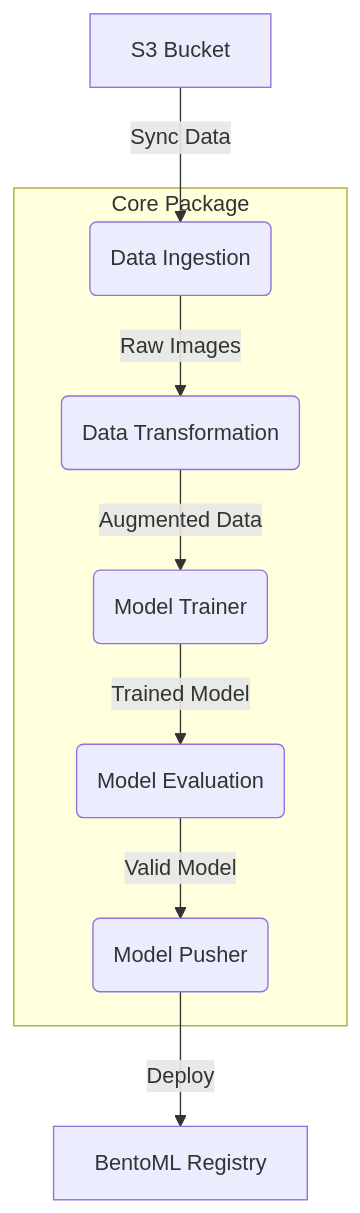
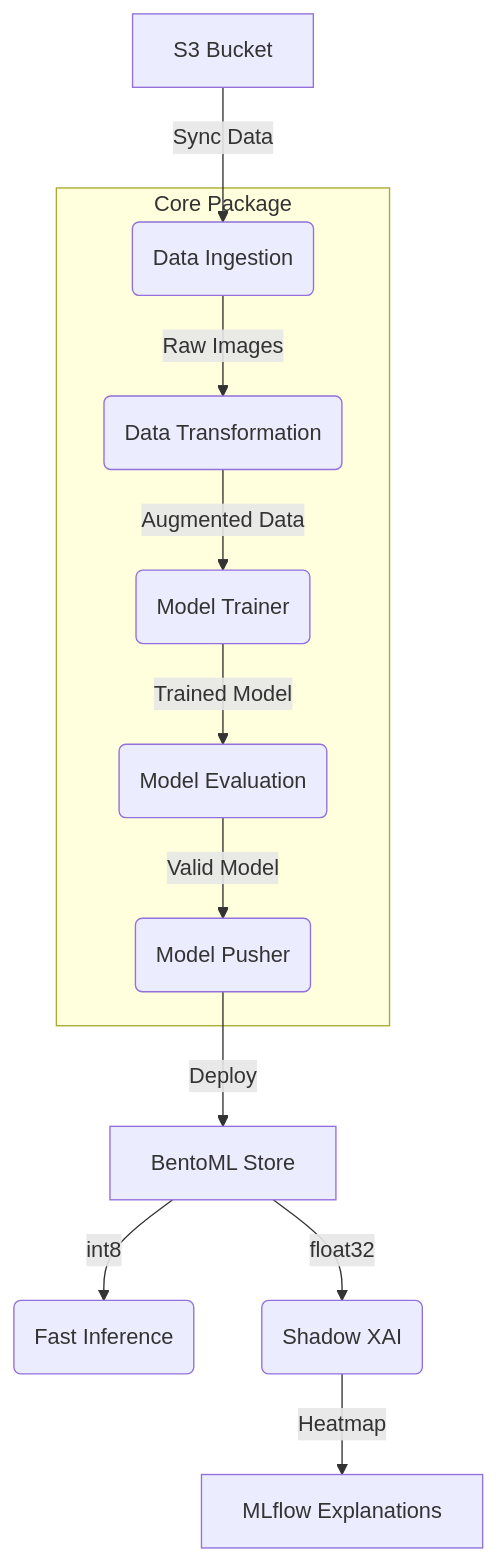
Before and after one commit to AyushDocs/pneumonia_classifier: the diagram in docs/ML_PIPELINE.md, drawn with Mermaid. The commit also changed 96 other files, not shown here.

````diff
--- a/docs/ML_PIPELINE.md
+++ b/docs/ML_PIPELINE.md
@@ -5,17 +5,20 @@
 ```mermaid
 graph TD
     A[S3 Bucket] -->|Sync Data| B(Data Ingestion)
     B -->|Raw Images| C(Data Transformation)
     C -->|Augmented Data| D(Model Trainer)
     D -->|Trained Model| E(Model Evaluation)
     E -->|Valid Model| F(Model Pusher)
-    F -->|Deploy| G[BentoML Registry]
+    F -->|Deploy| G[BentoML Store]
+    G -->|int8| H(Fast Inference)
+    G -->|float32| I(Shadow XAI)
+    I -->|Heatmap| J[MLflow Explanations]
 
     subgraph "Core Package"
     B
     C
     D
     E
     F
     end
 ```
````
